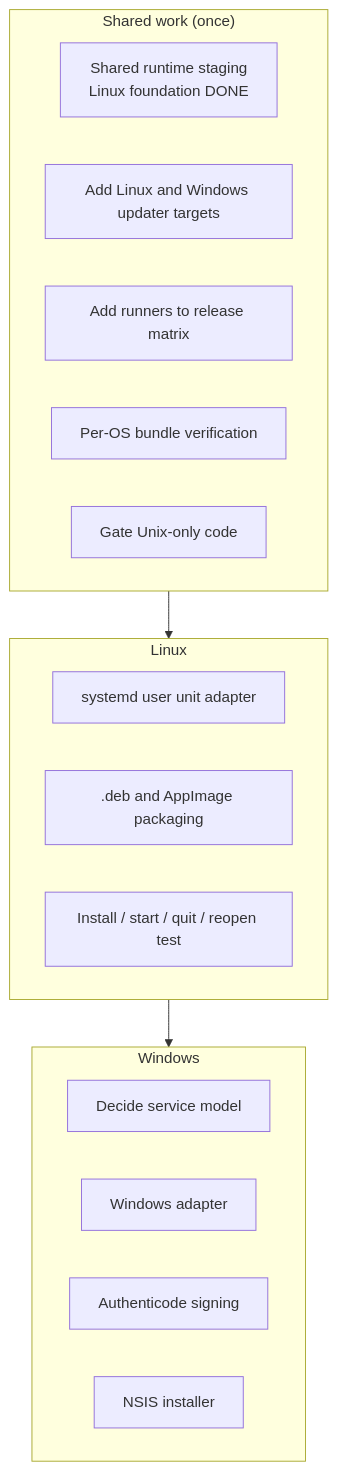
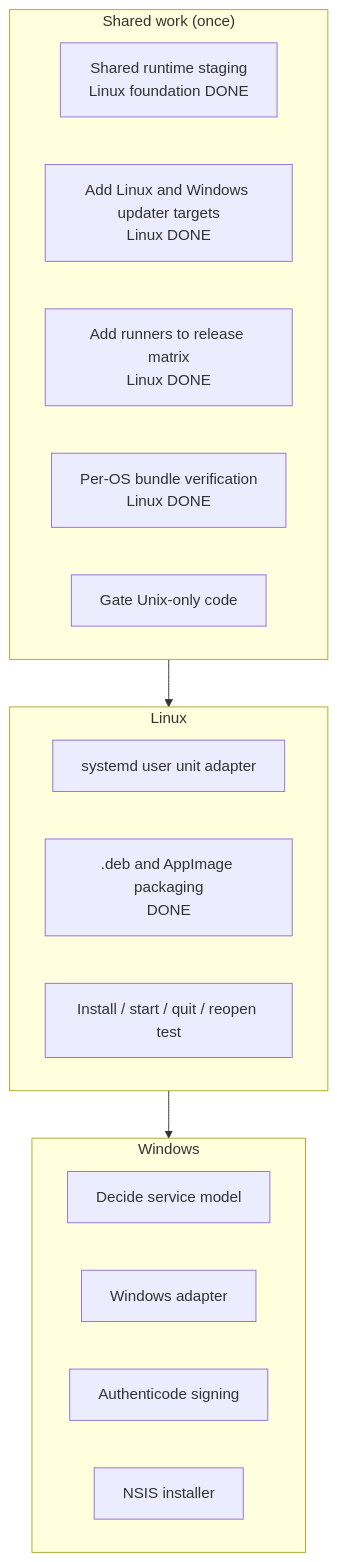
Before and after one commit to nessalabs/nessa-agent: the third of 7 diagrams in docs/todo/desktop-linux-windows-plan.md, drawn with Mermaid. The commit also changed other lines of this file and 24 other files, not shown here.

First line of the commit message:
feat(desktop): ship Linux .deb and AppImage packages in the release

````diff
--- a/docs/todo/desktop-linux-windows-plan.md
+++ b/docs/todo/desktop-linux-windows-plan.md
@@ -110,22 +116,22 @@
 ```mermaid
 flowchart TB
     subgraph Shared["Shared work (once)"]
         S1[Shared runtime staging<br/>Linux foundation DONE]
-        S2[Add Linux and Windows updater targets]
-        S3[Add runners to release matrix]
-        S4[Per-OS bundle verification]
+        S2[Add Linux and Windows updater targets<br/>Linux DONE]
+        S3[Add runners to release matrix<br/>Linux DONE]
+        S4[Per-OS bundle verification<br/>Linux DONE]
         S5[Gate Unix-only code]
     end
     subgraph Linux
         L1[systemd user unit adapter]
-        L2[.deb and AppImage packaging]
+        L2[.deb and AppImage packaging<br/>DONE]
         L3[Install / start / quit / reopen test]
     end
     subgraph Windows
         W1[Decide service model]
         W2[Windows adapter]
         W3[Authenticode signing]
         W4[NSIS installer]
     end
     Shared --> Linux --> Windows
 ```
````
